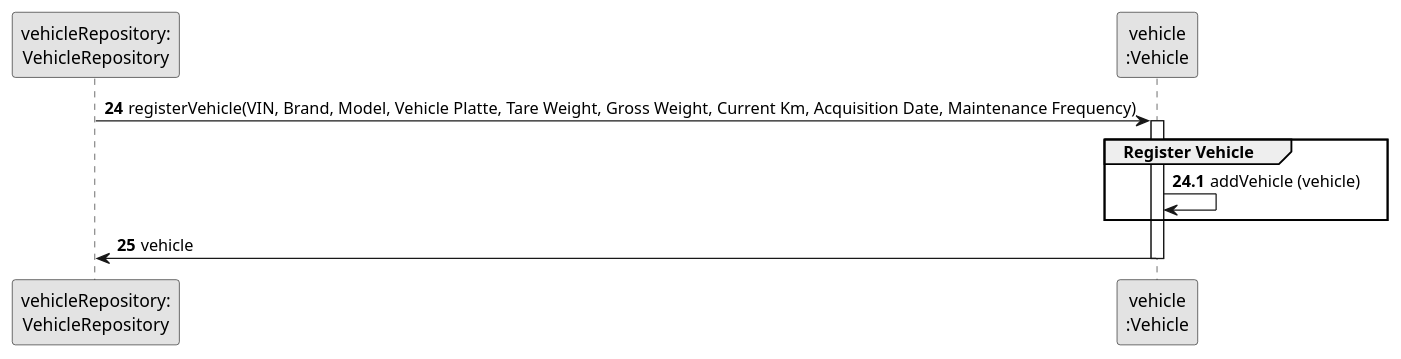
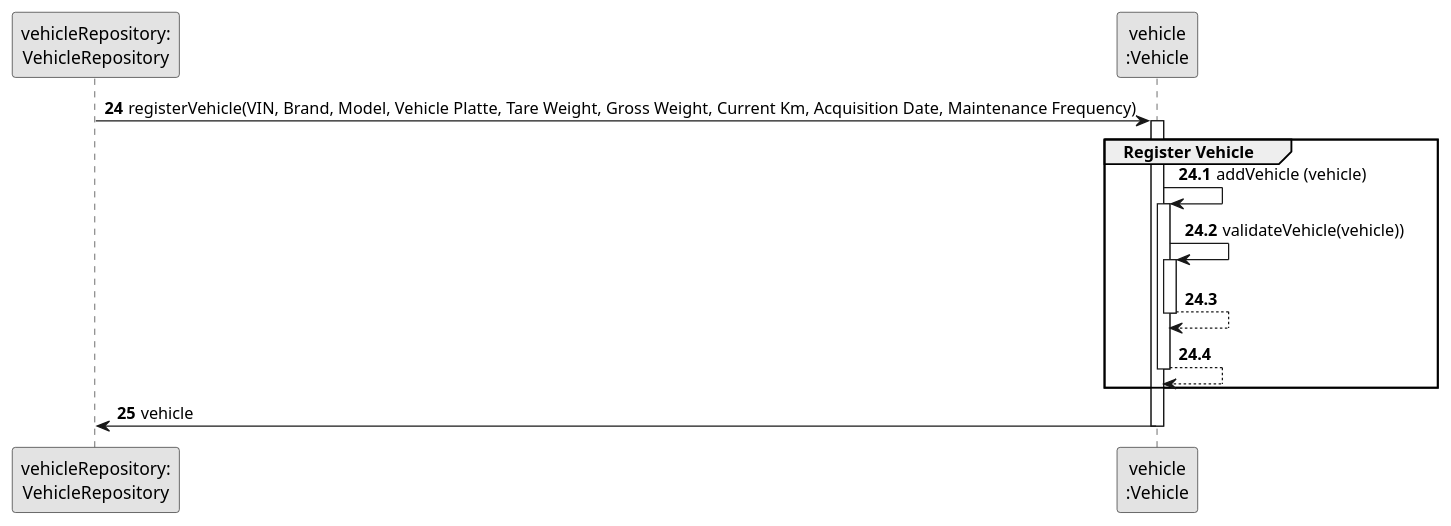
One commit to ricardomm7/leaflink changed the diagram in docs/sprintB/us006/03.design/puml/us006-sequence-diagram-partial-register-vehicle.puml. Above: the diagram before and after it, drawn with PlantUML. The commit also changed 3 other files, not shown here.

Commit message:
LFC2-88<Change the sequence diagram>

```diff
--- a/docs/sprintB/us006/03.design/puml/us006-sequence-diagram-partial-register-vehicle.puml
+++ b/docs/sprintB/us006/03.design/puml/us006-sequence-diagram-partial-register-vehicle.puml
@@ -1,25 +1,35 @@
 @startuml
 skinparam monochrome true
 skinparam packageStyle rectangle
 skinparam shadowing false
 
 participant "vehicleRepository:\nVehicleRepository" as VehicleRepository
 participant "vehicle\n:Vehicle" as VEI
 
 autonumber 24
 VehicleRepository -> VEI: registerVehicle(VIN, Brand, Model, Vehicle Platte, Tare Weight, Gross Weight, Current Km, Acquisition Date, Maintenance Frequency)
 
 autonumber 24.1
 activate VEI
     group Register Vehicle
                               VEI -> VEI: addVehicle (vehicle)
+                              activate VEI
+
+                              VEI -> VEI: validateVehicle(vehicle))
+                              activate VEI
+
+                              VEI --> VEI
+                              deactivate VEI
+
+                              VEI --> VEI
+                              deactivate VEI
 
 
     end
 
     autonumber 25
     VEI -> VehicleRepository: vehicle
 deactivate VEI
 
 
 @enduml
```
